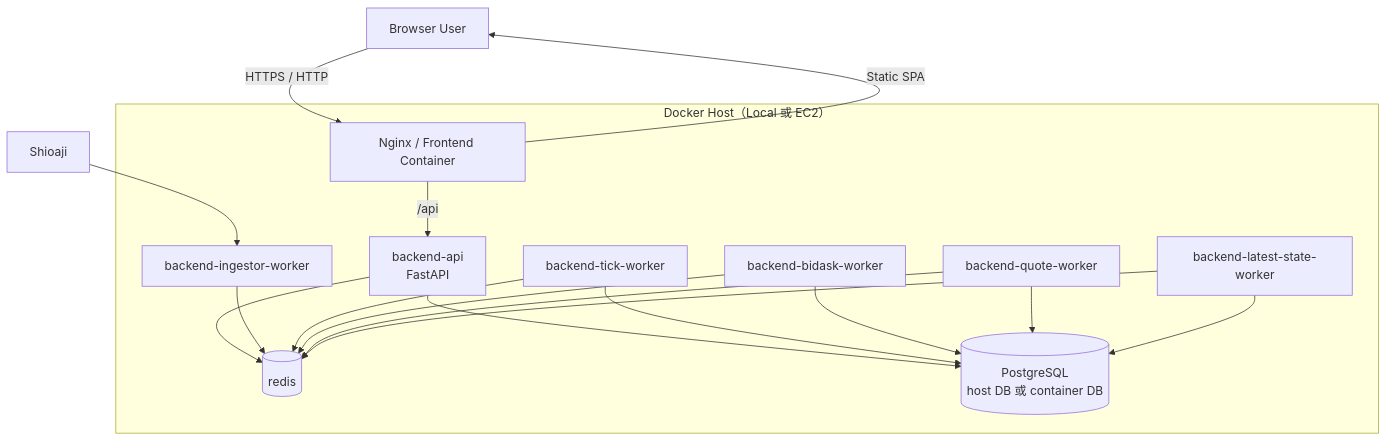
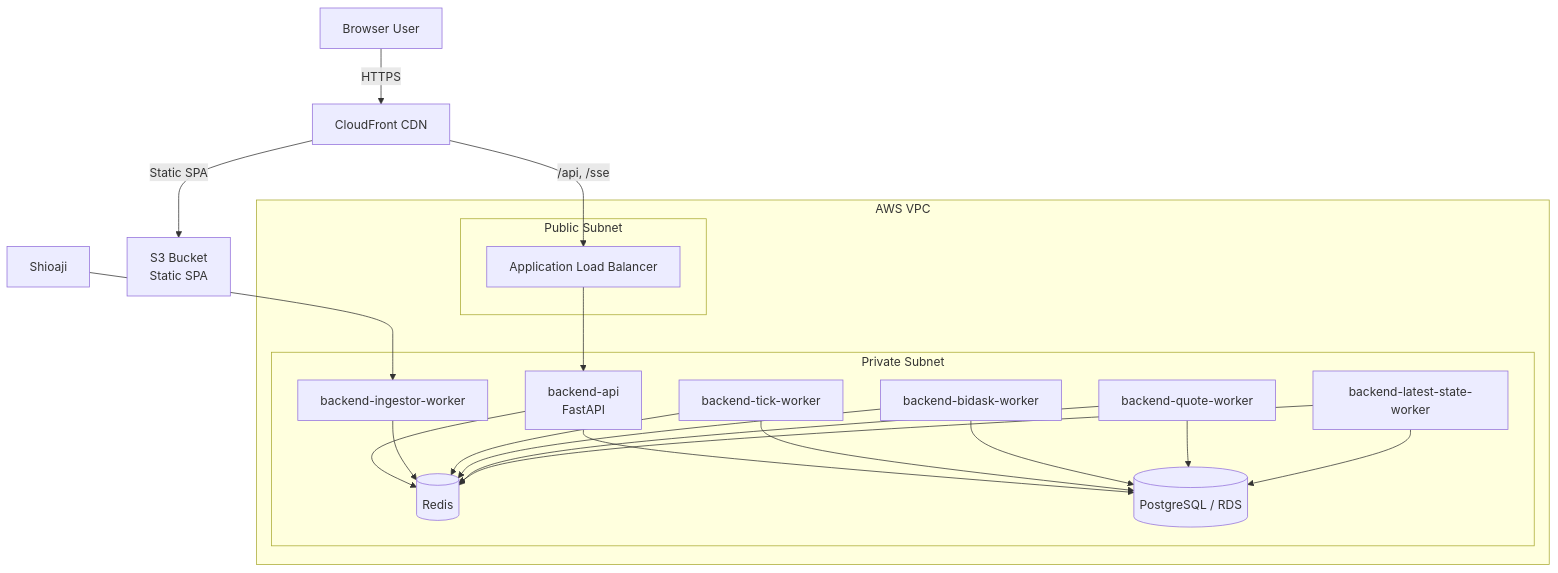
One commit to dicksonchai98/trading-monitoring-dashboard changed the second of 5 diagrams in README.md. Above: the diagram before and after it, drawn with Mermaid. The commit also changed other lines of this file, not shown here.

Commit message:
feat: enhance architecture and improve SSE handling for real-time updates

````diff
--- a/README.md
+++ b/README.md
@@ -197,38 +124,47 @@
 ```mermaid
 flowchart TB
     User[Browser User]
 
-    subgraph Host[Docker Host（Local 或 EC2）]
-        Nginx[Nginx / Frontend Container]
-        API[backend-api<br/>FastAPI]
-        Ingestor[backend-ingestor-worker]
-        Tick[backend-tick-worker]
-        BidAsk[backend-bidask-worker]
-        Quote[backend-quote-worker]
-        Latest[backend-latest-state-worker]
-        Redis[(redis)]
-        Pg[(PostgreSQL<br/>host DB 或 container DB)]
+    CloudFront[CloudFront CDN]
+    S3[S3 Bucket<br/>Static SPA]
+
+    subgraph VPC[AWS VPC]
+        subgraph Public[Public Subnet]
+            ALB[Application Load Balancer]
+        end
+
+        subgraph Private[Private Subnet]
+            API[backend-api<br/>FastAPI]
+            Ingestor[backend-ingestor-worker]
+            Tick[backend-tick-worker]
+            BidAsk[backend-bidask-worker]
+            Quote[backend-quote-worker]
+            Latest[backend-latest-state-worker]
+            Redis[(Redis)]
+            Pg[(PostgreSQL / RDS)]
+        end
     end
 
     Source[Shioaji]
 
-    User -->|HTTPS / HTTP| Nginx
-    Nginx -->|/api| API
-    Nginx -->|Static SPA| User
+    User -->|HTTPS| CloudFront
+    CloudFront -->|Static SPA| S3
+    CloudFront -->|/api, /sse| ALB
+    ALB --> API
 
     API --> Redis
     API --> Pg
 
     Source --> Ingestor
     Ingestor --> Redis
 
     Tick --> Redis
     BidAsk --> Redis
     Quote --> Redis
     Latest --> Redis
 
     Tick --> Pg
     BidAsk --> Pg
     Quote --> Pg
     Latest --> Pg
 ```
````
